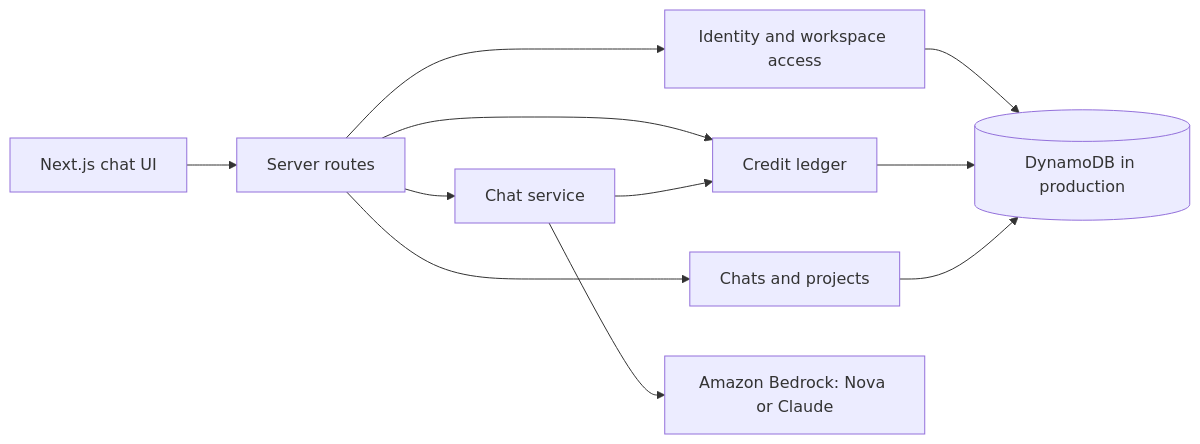
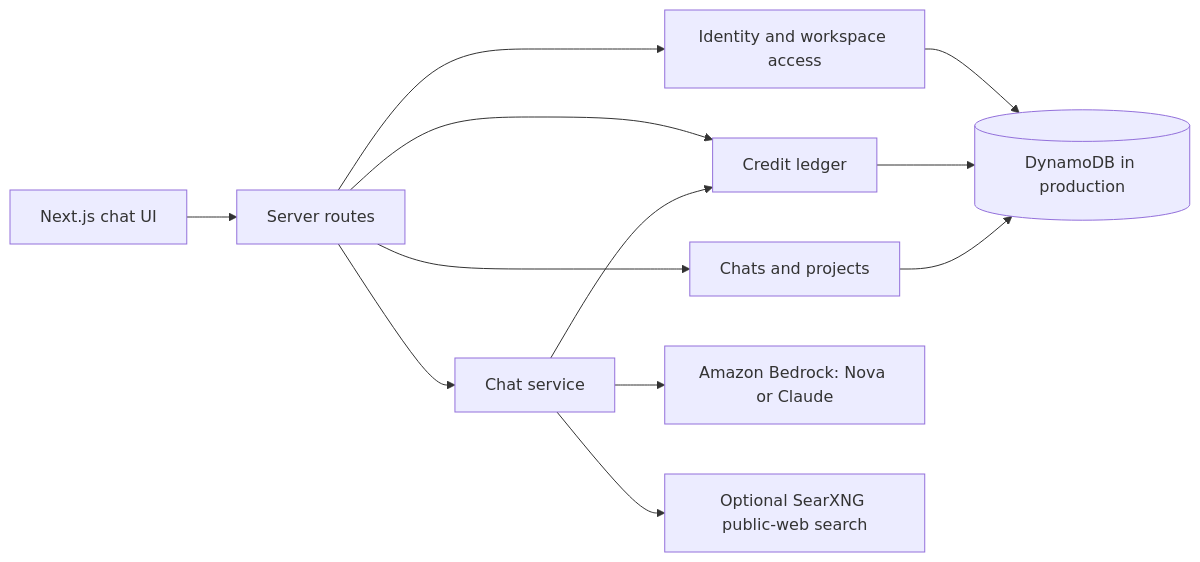
The diagram in README.md (Sanjeev1802/Aria), drawn with Mermaid before and after one commit. The commit also changed other lines of this file and 6 other files, not shown here.

Commit message:
Document SearXNG setup and update ARIA handoff

````diff
--- a/README.md
+++ b/README.md
@@ -25,13 +26,14 @@
 ```mermaid
 flowchart LR
   Browser[Next.js chat UI] --> API[Server routes]
   API --> Identity[Identity and workspace access]
   API --> Ledger[Credit ledger]
   API --> Threads[Chats and projects]
   API --> Chat[Chat service]
   Chat --> Ledger
   Chat --> Bedrock[Amazon Bedrock: Nova or Claude]
+  Chat --> Search[Optional SearXNG public-web search]
   Identity --> Store[(DynamoDB in production)]
   Ledger --> Store
   Threads --> Store
 ```
````
